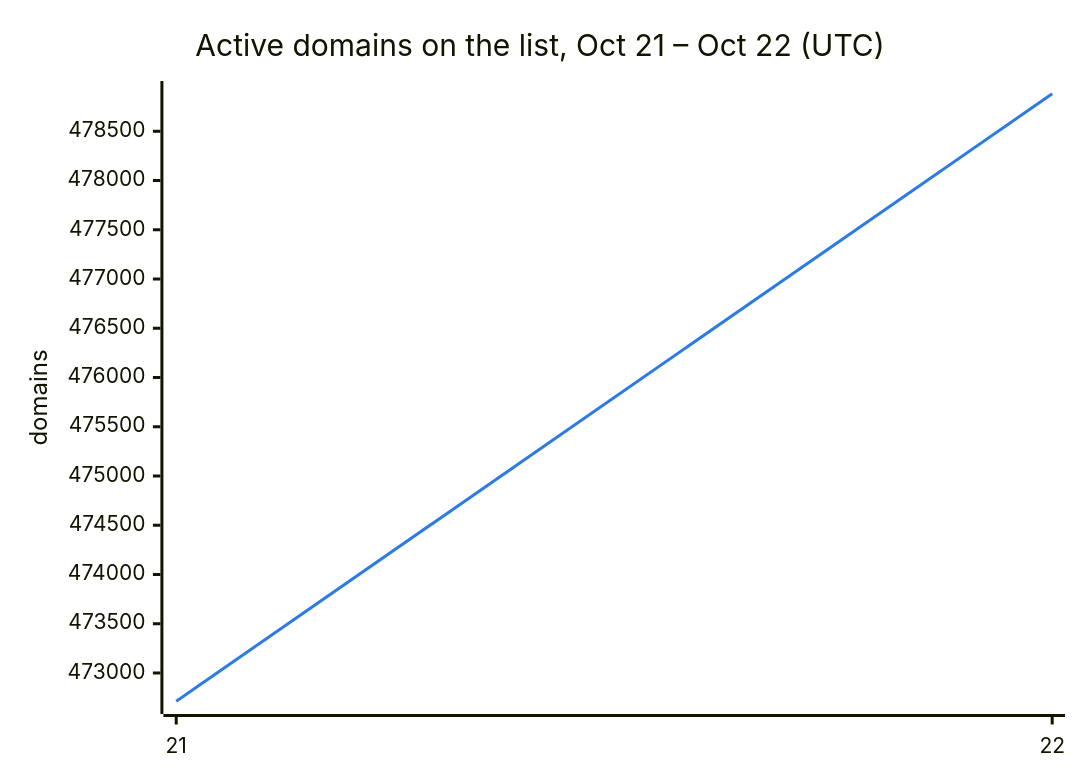
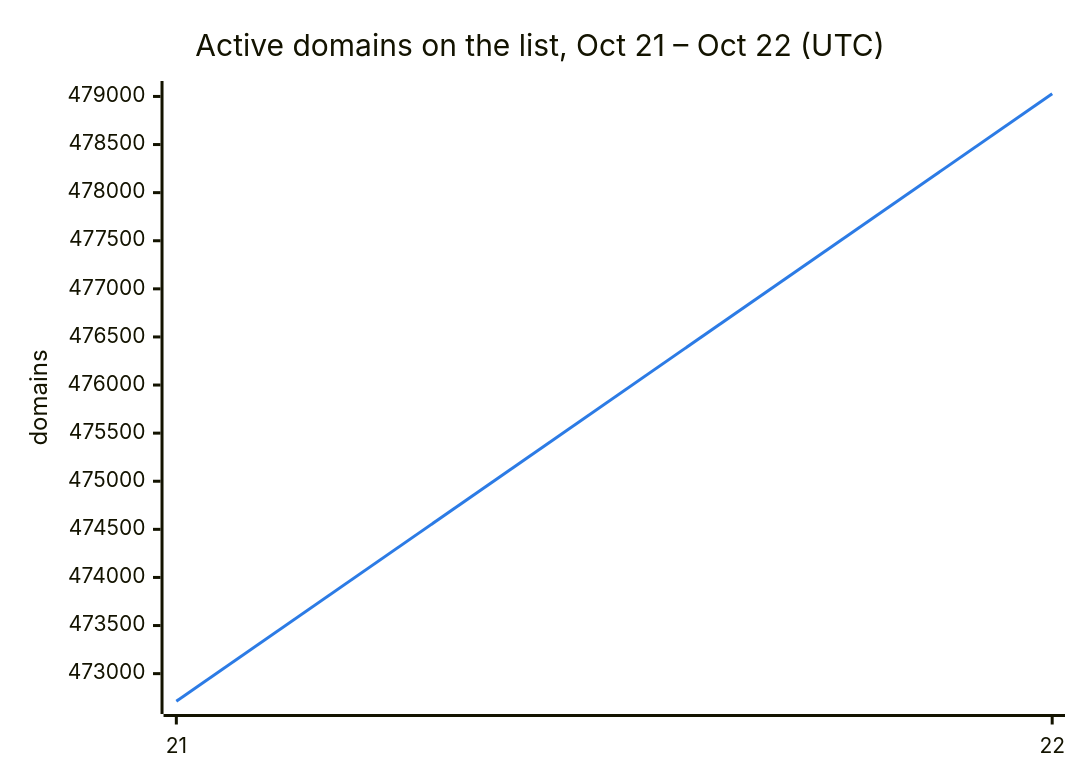
The second of 3 diagrams in README.md (DNSBunker/CTI), drawn with Mermaid before and after one commit. The commit also changed other lines of this file and 3 other files, not shown here.

````diff
--- a/README.md
+++ b/README.md
@@ -38,8 +38,8 @@
 ```mermaid
 %%{init: {"themeVariables": {"xyChart": {"plotColorPalette": "#2c7be5"}}}}%%
 xychart-beta
     title "Active domains on the list, Oct 21 – Oct 22 (UTC)"
     x-axis ["21", "22"]
     y-axis "domains"
-    line [472713, 478881]
+    line [472713, 479028]
 ```
````
